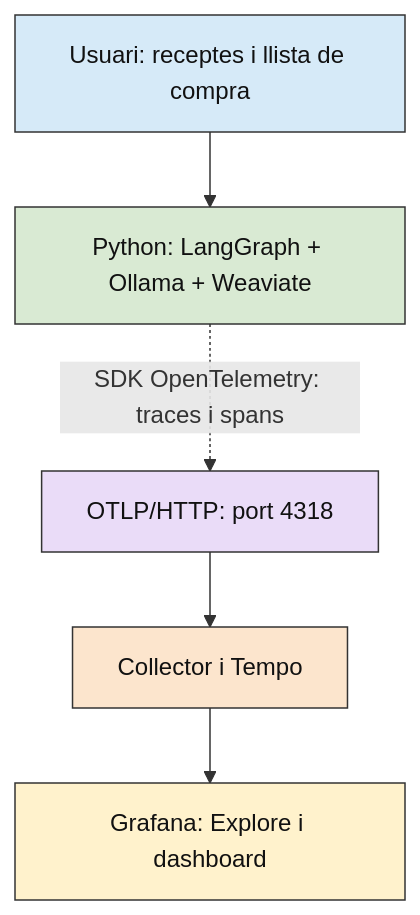
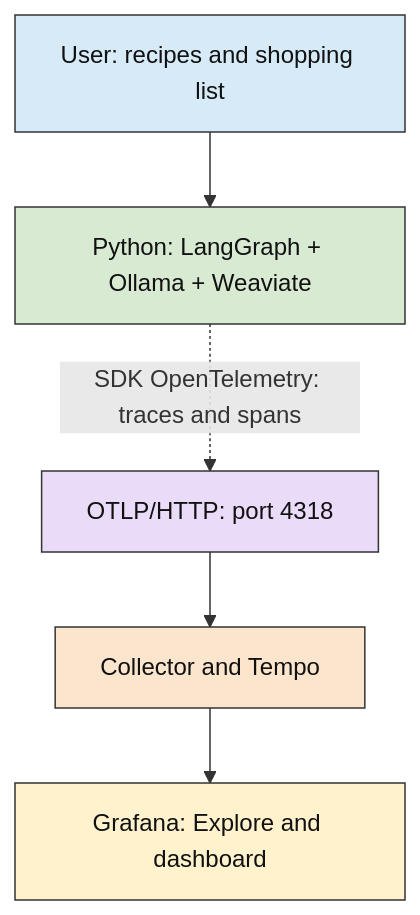
The first of 2 diagrams in AI_Observability/docs/06_observalility.md (eetac/Visual_tools_for_AI), drawn with Mermaid before and after one commit. The commit also changed other lines of this file and 31 other files, not shown here.

````diff
--- a/AI_Observability/docs/06_observalility.md
+++ b/AI_Observability/docs/06_observalility.md
@@ -203,25 +203,25 @@
 ```mermaid
 flowchart TD
-    U["Usuari: receptes i llista de compra"]
+    U["User: recipes and shopping list"]
     A["Python: LangGraph + Ollama + Weaviate"]
     C["OTLP/HTTP: port 4318"]
-    T["Collector i Tempo"]
-    G["Grafana: Explore i dashboard"]
+    T["Collector and Tempo"]
+    G["Grafana: Explore and dashboard"]
 
     U --> A
-    A -. "SDK OpenTelemetry: traces i spans" .-> C
+    A -. "SDK OpenTelemetry: traces and spans" .-> C
     C --> T
     T --> G
 
     class U entrada
     class A python
     class C servei
     class T agent
     class G llm
 
     classDef entrada fill:#D6EAF8,stroke:#333333,color:#111111
     classDef python fill:#D9EAD3,stroke:#333333,color:#111111
     classDef servei fill:#EADCF8,stroke:#333333,color:#111111
     classDef agent fill:#FCE5CD,stroke:#333333,color:#111111
     classDef llm fill:#FFF2CC,stroke:#333333,color:#111111
 ```
````
